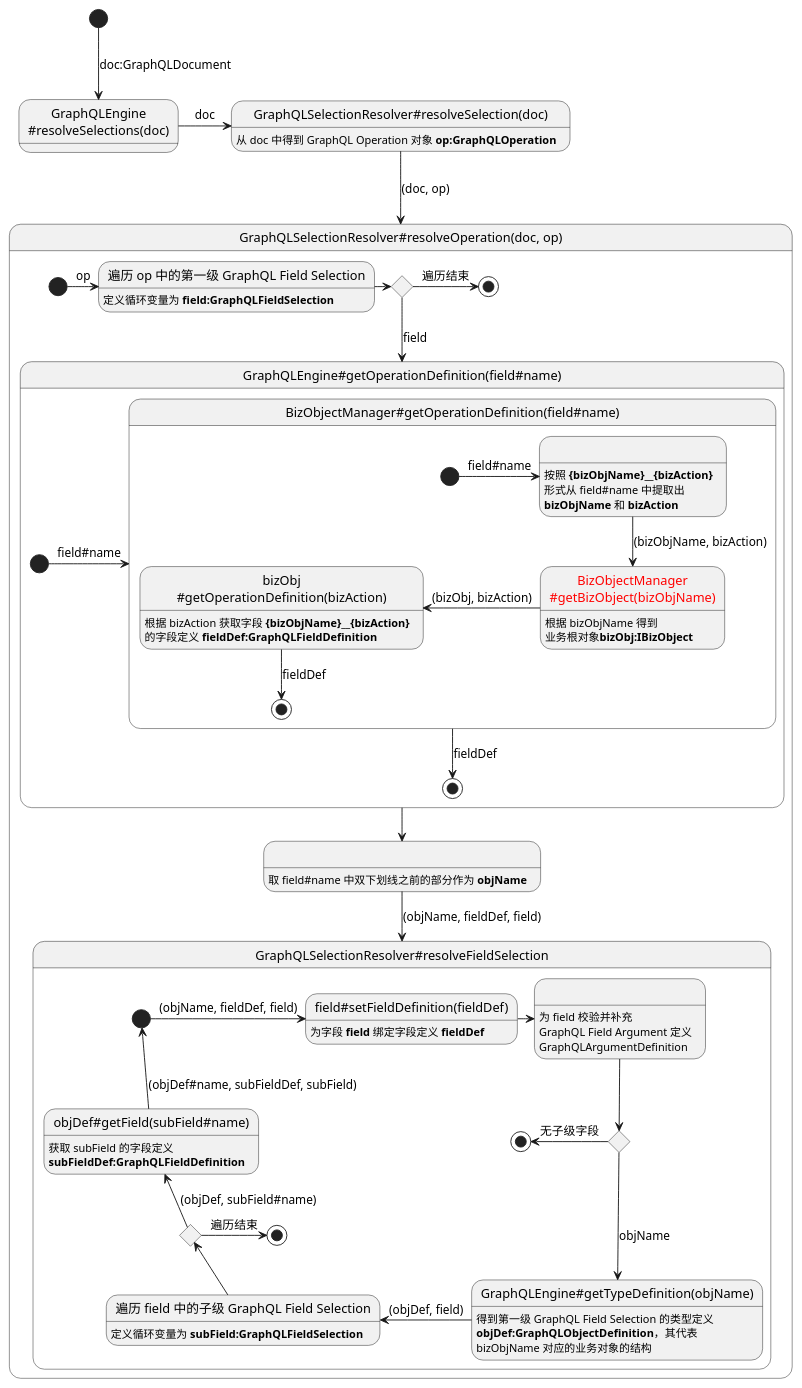
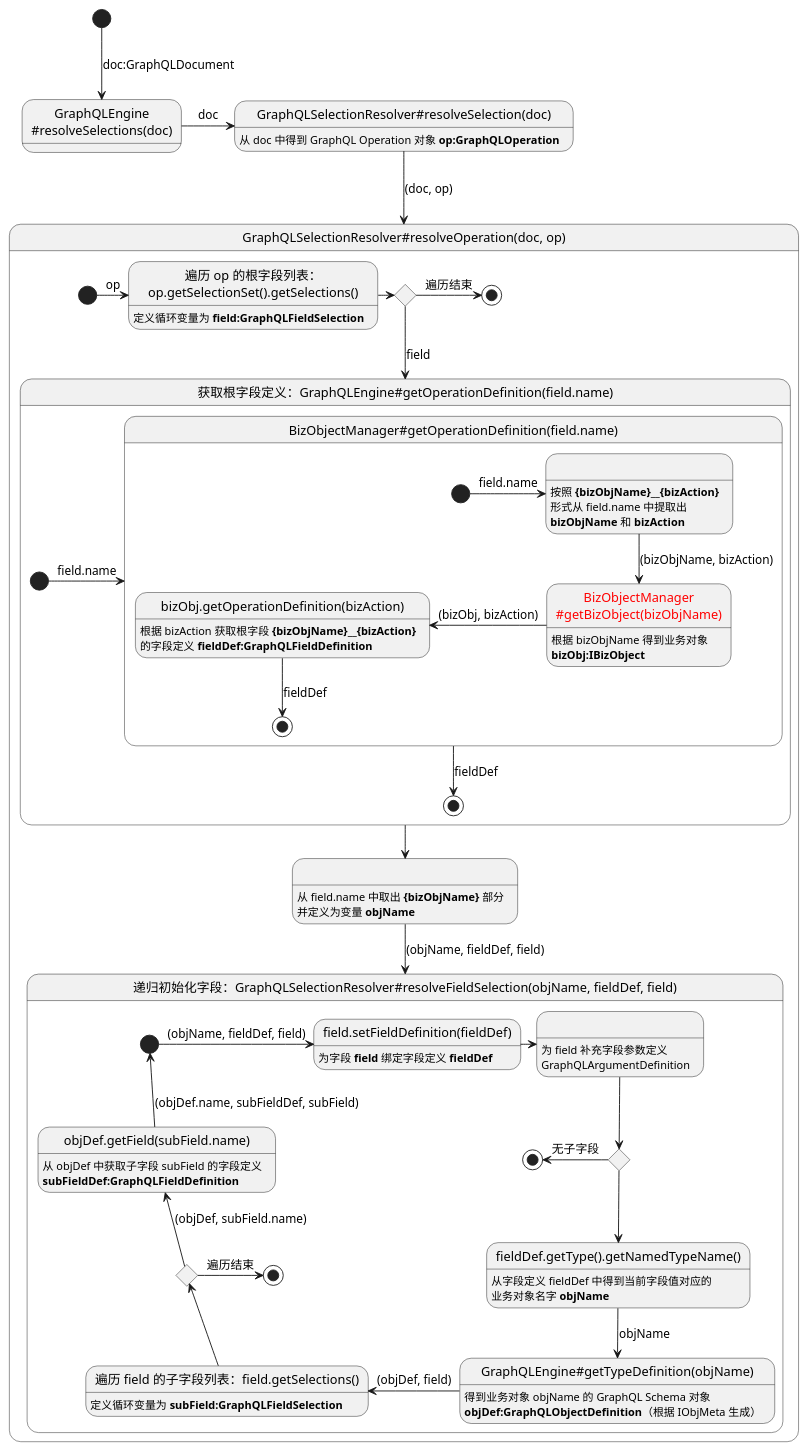
Before and after one commit to crazydan-studio/nop.crazydan.io: the sixth of 9 diagrams in docs/400.implement/400.component/100.graphql.md, drawn with PlantUML. The commit also changed other lines of this file, not shown here.

Commit message:
Docs: 更新章节<NopGraphQL 引擎>

````diff
--- a/docs/400.implement/400.component/100.graphql.md
+++ b/docs/400.implement/400.component/100.graphql.md
@@ -643,68 +659,70 @@
 ```plantuml
 state "GraphQLEngine\n~#resolveSelections(doc)" as call_engine_resolveSelections
 state "GraphQLSelectionResolver#resolveSelection(doc)" as call_resolver_resolveSelection: 从 doc 中得到 GraphQL Operation 对象 <b>op:GraphQLOperation</b>
 
 [*] -down-> call_engine_resolveSelections: doc:GraphQLDocument
 call_engine_resolveSelections -> call_resolver_resolveSelection: doc
 call_resolver_resolveSelection -down-> call_resolver_resolveOperation: (doc, op)
 
 state "GraphQLSelectionResolver#resolveOperation(doc, op)" as call_resolver_resolveOperation {
-  state "遍历 op 中的第一级 GraphQL Field Selection" as get_field_from_op: 定义循环变量为 <b>field:GraphQLFieldSelection</b>
-  state " " as split_objName_from_op: 取 field#name 中双下划线之前的部分作为 <b>objName</b>
+  state "遍历 op 的根字段列表：\nop.getSelectionSet().getSelections()" as get_field_from_op: 定义循环变量为 <b>field:GraphQLFieldSelection</b>
+  state " " as split_objName_from_op: 从 field.name 中取出 **{bizObjName}** 部分\n并定义为变量 <b>objName</b>
   state has_op_field <<choice>>
 
   [*] -right-> get_field_from_op: op
   get_field_from_op -right-> has_op_field
 
   has_op_field -right-> [*]: 遍历结束
   has_op_field -down-> call_engine_getOperationDefinition: field
 
   call_engine_getOperationDefinition -down-> split_objName_from_op
   split_objName_from_op -down-> call_resolver_resolveFieldSelection: (objName, fieldDef, field)
 
-  state "GraphQLEngine~#getOperationDefinition(field#name)" as call_engine_getOperationDefinition {
-    [*] -right-> call_bizObj_getOperationDefinition: field#name
+  state "获取根字段定义：GraphQLEngine~#getOperationDefinition(field.name)" as call_engine_getOperationDefinition {
+    [*] -right-> call_bizObj_getOperationDefinition: field.name
     call_bizObj_getOperationDefinition -down-> [*]: fieldDef
 
-    state "BizObjectManager#getOperationDefinition(field#name)" as call_bizObj_getOperationDefinition {
-      state " " as split_field_name: 按照 **{bizObjName}__{bizAction}**\n形式从 field#name 中提取出\n**bizObjName** 和 **bizAction**
-      state "<color:red>BizObjectManager\n<color:red>~#getBizObject(bizObjName)" as call_biz_obj_man_getBizObject: 根据 bizObjName 得到\n业务根对象<b>bizObj:IBizObject</b>
-      state "bizObj\n~#getOperationDefinition(bizAction)" as call_biz_obj_getOperationDefinition: 根据 bizAction 获取字段 **{bizObjName}__{bizAction}**\n的字段定义 <b>fieldDef:GraphQLFieldDefinition</b>
+    state "BizObjectManager#getOperationDefinition(field.name)" as call_bizObj_getOperationDefinition {
+      state " " as split_field_name: 按照 **{bizObjName}__{bizAction}**\n形式从 field.name 中提取出\n**bizObjName** 和 **bizAction**
+      state "<color:red>BizObjectManager\n<color:red>~#getBizObject(bizObjName)" as call_biz_obj_man_getBizObject: 根据 bizObjName 得到业务对象\n<b>bizObj:IBizObject</b>
+      state "bizObj.getOperationDefinition(bizAction)" as call_biz_obj_getOperationDefinition: 根据 bizAction 获取根字段 **{bizObjName}__{bizAction}**\n的字段定义 <b>fieldDef:GraphQLFieldDefinition</b>
 
-      [*] -right-> split_field_name: field#name
+      [*] -right-> split_field_name: field.name
       split_field_name -down-> call_biz_obj_man_getBizObject: (bizObjName, bizAction)
       call_biz_obj_man_getBizObject -left-> call_biz_obj_getOperationDefinition: (bizObj, bizAction)
       call_biz_obj_getOperationDefinition -down-> [*]: fieldDef
     }
   }
 
-  state "GraphQLSelectionResolver~#resolveFieldSelection" as call_resolver_resolveFieldSelection {
-    state "field#setFieldDefinition(fieldDef)" as call_field_setFieldDefinition: 为字段 <b>field</b> 绑定字段定义 <b>fieldDef</b>
-    state " " as validate_field_args: 为 field 校验并补充\nGraphQL Field Argument 定义\nGraphQLArgumentDefinition
+  state "递归初始化字段：GraphQLSelectionResolver~#resolveFieldSelection(objName, fieldDef, field)" as call_resolver_resolveFieldSelection {
+    state "field.setFieldDefinition(fieldDef)" as call_field_setFieldDefinition: 为字段 <b>field</b> 绑定字段定义 <b>fieldDef</b>
+    state " " as validate_field_args: 为 field 补充字段参数定义\nGraphQLArgumentDefinition
     state top_has_sub_field <<choice>>
 
-    state "GraphQLEngine#getTypeDefinition(objName)" as call_engine_getTypeDefinition: 得到第一级 GraphQL Field Selection 的类型定义\n<b>objDef:GraphQLObjectDefinition</b>，其代表\nbizObjName 对应的业务对象的结构
-    state "遍历 field 中的子级 GraphQL Field Selection" as get_field_from_field: 定义循环变量为 <b>subField:GraphQLFieldSelection</b>
-    state "objDef#getField(subField#name)" as call_obj_def_getField: 获取 subField 的字段定义\n<b>subFieldDef:GraphQLFieldDefinition</b>
+    state "fieldDef.getType().getNamedTypeName()" as call_fieldDef_getType: 从字段定义 fieldDef 中得到当前字段值对应的\n业务对象名字 **objName**
+    state "GraphQLEngine#getTypeDefinition(objName)" as call_engine_getTypeDefinition: 得到业务对象 objName 的 GraphQL Schema 对象\n<b>objDef:GraphQLObjectDefinition</b>（根据 IObjMeta 生成）
+    state "遍历 field 的子字段列表：field.getSelections()" as get_field_from_field: 定义循环变量为 <b>subField:GraphQLFieldSelection</b>
+    state "objDef.getField(subField.name)" as call_obj_def_getField: 从 objDef 中获取子字段 subField 的字段定义\n<b>subFieldDef:GraphQLFieldDefinition</b>
     state has_sub_field <<choice>>
     state start <<start>>
     state end0 <<end>>
     state end1 <<end>>
 
     start -right-> call_field_setFieldDefinition: (objName, fieldDef, field)
     call_field_setFieldDefinition -right-> validate_field_args
     validate_field_args -down-> top_has_sub_field
 
-    top_has_sub_field -left-> end0: 无子级字段
-    top_has_sub_field -down-> call_engine_getTypeDefinition: objName
+    top_has_sub_field -left-> end0: 无子字段
+    top_has_sub_field -down-> call_fieldDef_getType
+    call_fieldDef_getType -down-> call_engine_getTypeDefinition: objName
 
     call_engine_getTypeDefinition -left-> get_field_from_field: (objDef, field)
     get_field_from_field -up-> has_sub_field
 
     has_sub_field -right-> end1: 遍历结束
-    has_sub_field -up-> call_obj_def_getField: (objDef, subField#name)
+    has_sub_field -up-> call_obj_def_getField: (objDef, subField.name)
 
-    call_obj_def_getField -up-> start: (objDef#name, subFieldDef, subField)
+    call_obj_def_getField -up-> start: (objDef.name, subFieldDef, subField)
   }
 }
 ```
````
